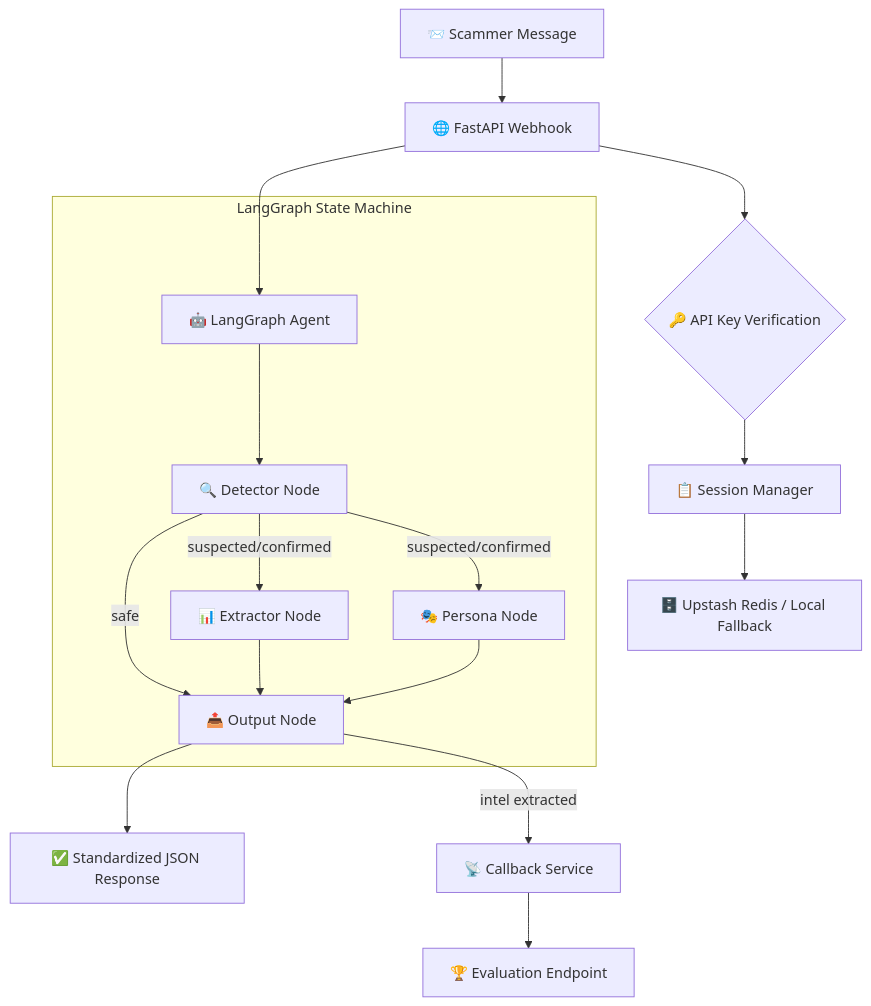
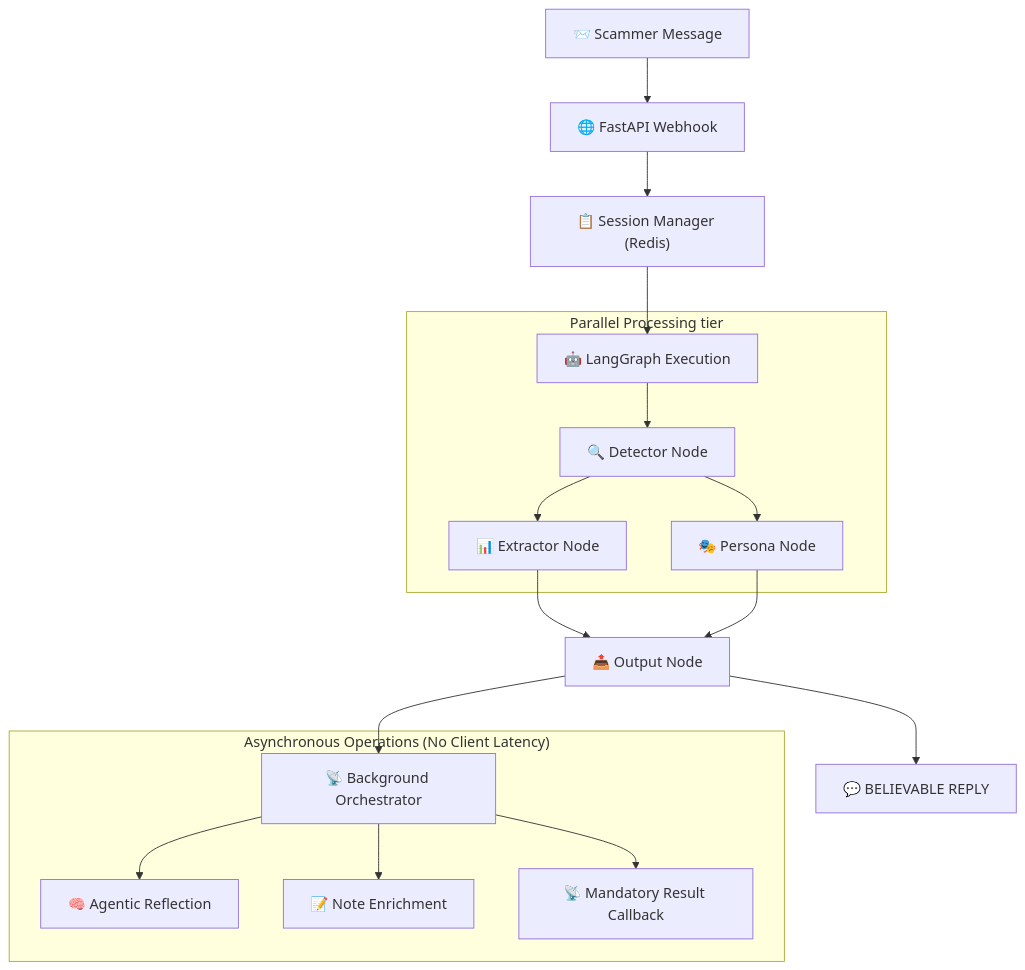
Before and after one commit to rohzhegde26/agentic-honeypot-submission: the diagram in ARCHITECTURE.md, drawn with Mermaid. The commit also changed other lines of this file and 5 other files, not shown here.

````diff
--- a/ARCHITECTURE.md
+++ b/ARCHITECTURE.md
@@ -14,21 +18,24 @@
 ```mermaid
 graph TD
     A["📨 Scammer Message"] --> B["🌐 FastAPI Webhook"]
-    B --> C{"🔑 API Key Verification"}
-    C --> D["📋 Session Manager"]
-    D --> E["🗄️ Upstash Redis / Local Fallback"]
-    B --> F["🤖 LangGraph Agent"]
+    B --> C["📋 Session Manager (Redis)"]
+    C --> D["🤖 LangGraph Execution"]
     
-    subgraph "LangGraph State Machine"
-        F --> G["🔍 Detector Node"]
-        G -->|"suspected/confirmed"| H["📊 Extractor Node"]
-        G -->|"suspected/confirmed"| I["🎭 Persona Node"]
-        G -->|"safe"| J["📤 Output Node"]
-        H --> J
-        I --> J
+    subgraph "Parallel Processing tier"
+        D --> E["🔍 Detector Node"]
+        E --> F["📊 Extractor Node"]
+        E --> G["🎭 Persona Node"]
     end
     
-    J --> L["✅ Standardized JSON Response"]
-    J -->|"intel extracted"| M["📡 Callback Service"]
-    M --> N["🏆 Evaluation Endpoint"]
+    F --> H["📤 Output Node"]
+    G --> H
+    
+    H --> I["💬 BELIEVABLE REPLY"]
+    H --> J["📡 Background Orchestrator"]
+    
+    subgraph "Asynchronous Operations (No Client Latency)"
+        J --> K["🧠 Agentic Reflection"]
+        J --> L["📝 Note Enrichment"]
+        J --> M["📡 Mandatory Result Callback"]
+    end
 ```
````
